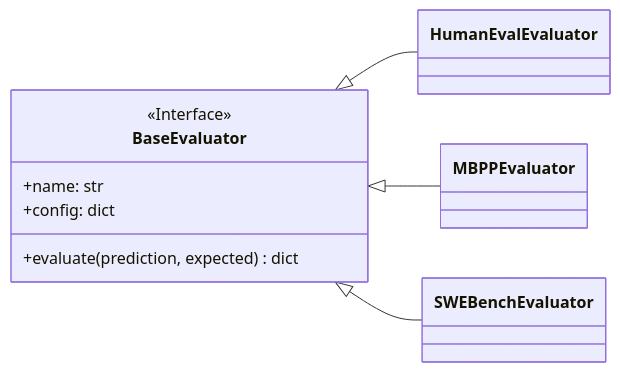
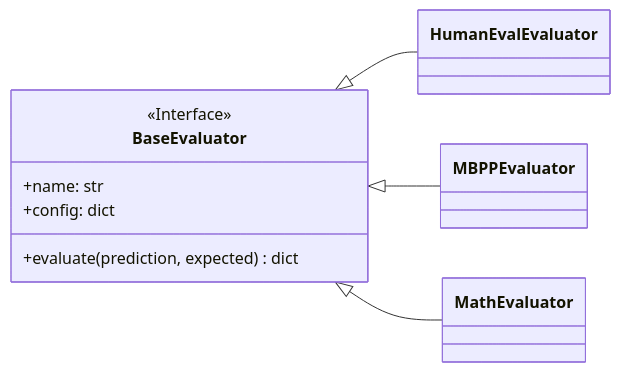
Before and after one commit to zhhhhhhhy/MASArena: the fourth of 4 diagrams in docs/architecture/system_overview.md, drawn with Mermaid. The commit also changed other lines of this file and 2 other files, not shown here.

````diff
--- a/docs/architecture/system_overview.md
+++ b/docs/architecture/system_overview.md
@@ -171,23 +210,23 @@
 ```mermaid
 classDiagram
     direction LR
     class BaseEvaluator {
         <<Interface>>
         +name: str
         +config: dict
         +evaluate(prediction, expected) dict
     }
 
     class HumanEvalEvaluator {
     }
     
     class MBPPEvaluator {
     }
     
-    class SWEBenchEvaluator {
+    class MathEvaluator {
     }
 
     BaseEvaluator <|-- HumanEvalEvaluator
     BaseEvaluator <|-- MBPPEvaluator
-    BaseEvaluator <|-- SWEBenchEvaluator
+    BaseEvaluator <|-- MathEvaluator
 ```
````
